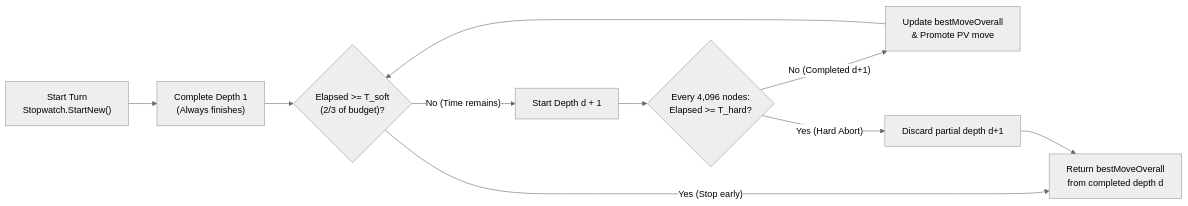
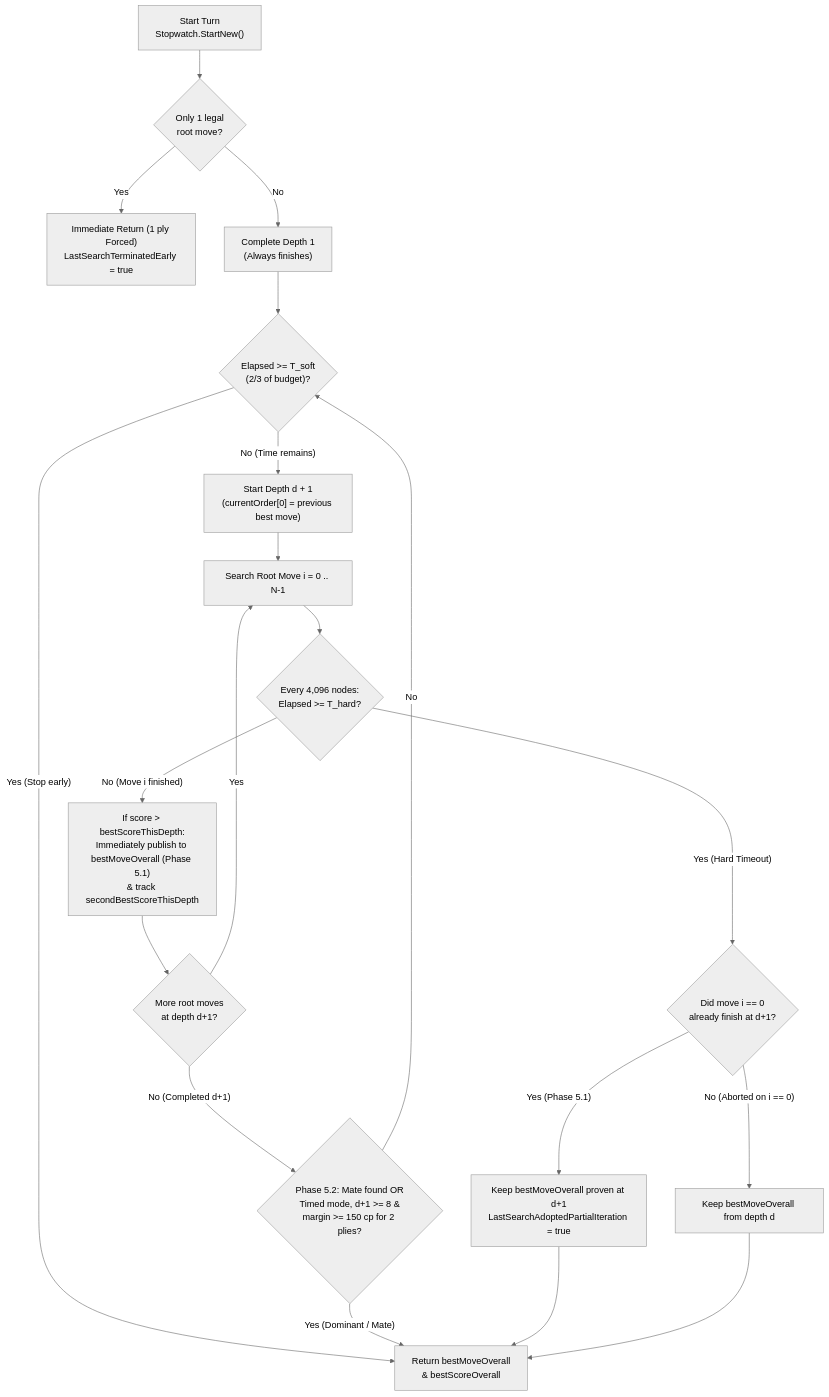
The diagram in docs/brain/09-time-control.md (cjp-dev/Checkers), drawn with Mermaid (neutral theme) before and after one commit. The commit also changed other lines of this file and 4 other files, not shown here.

Commit message:
Phase 5: Other (Root & Time Management) completed

````diff
--- a/docs/brain/09-time-control.md
+++ b/docs/brain/09-time-control.md
@@ -47,12 +47,22 @@
 ```mermaid
-flowchart LR
-    Start["Start Turn<br/>Stopwatch.StartNew()"] --> D1["Complete Depth 1<br/>(Always finishes)"]
+flowchart TD
+    Start["Start Turn<br/>Stopwatch.StartNew()"] --> Forced{"Only 1 legal<br/>root move?"}
+    Forced -- "Yes" --> RetForced["Immediate Return (1 ply Forced)<br/>LastSearchTerminatedEarly = true"]
+    Forced -- "No" --> D1["Complete Depth 1<br/>(Always finishes)"]
     D1 --> CheckSoft{"Elapsed >= T_soft<br/>(2/3 of budget)?"}
-    CheckSoft -- "Yes (Stop early)" --> Return["Return bestMoveOverall<br/>from completed depth d"]
-    CheckSoft -- "No (Time remains)" --> NextD["Start Depth d + 1"]
-    NextD --> NodeCheck{"Every 4,096 nodes:<br/>Elapsed >= T_hard?"}
-    NodeCheck -- "No (Completed d+1)" --> SavePV["Update bestMoveOverall<br/>&amp; Promote PV move"]
-    SavePV --> CheckSoft
-    NodeCheck -- "Yes (Hard Abort)" --> Discard["Discard partial depth d+1"]
-    Discard --> Return
+    CheckSoft -- "Yes (Stop early)" --> Return["Return bestMoveOverall<br/>&amp; bestScoreOverall"]
+    CheckSoft -- "No (Time remains)" --> NextD["Start Depth d + 1<br/>(currentOrder[0] = previous best move)"]
+    NextD --> RootLoop["Search Root Move i = 0 .. N-1"]
+    RootLoop --> NodeCheck{"Every 4,096 nodes:<br/>Elapsed >= T_hard?"}
+    NodeCheck -- "No (Move i finished)" --> AdoptMove["If score > bestScoreThisDepth:<br/>Immediately publish to bestMoveOverall (Phase 5.1)<br/>&amp; track secondBestScoreThisDepth"]
+    AdoptMove --> MoreMoves{"More root moves<br/>at depth d+1?"}
+    MoreMoves -- "Yes" --> RootLoop
+    MoreMoves -- "No (Completed d+1)" --> DomCheck{"Phase 5.2: Mate found OR<br/>Timed mode, d+1 >= 8 &amp;<br/>margin >= 150 cp for 2 plies?"}
+    DomCheck -- "Yes (Dominant / Mate)" --> Return
+    DomCheck -- "No" --> CheckSoft
+    NodeCheck -- "Yes (Hard Timeout)" --> PartialCheck{"Did move i == 0<br/>already finish at d+1?"}
+    PartialCheck -- "Yes (Phase 5.1)" --> Salvage["Keep bestMoveOverall proven at d+1<br/>LastSearchAdoptedPartialIteration = true"]
+    PartialCheck -- "No (Aborted on i == 0)" --> Fallback["Keep bestMoveOverall from depth d"]
+    Salvage --> Return
+    Fallback --> Return
 ```
````
